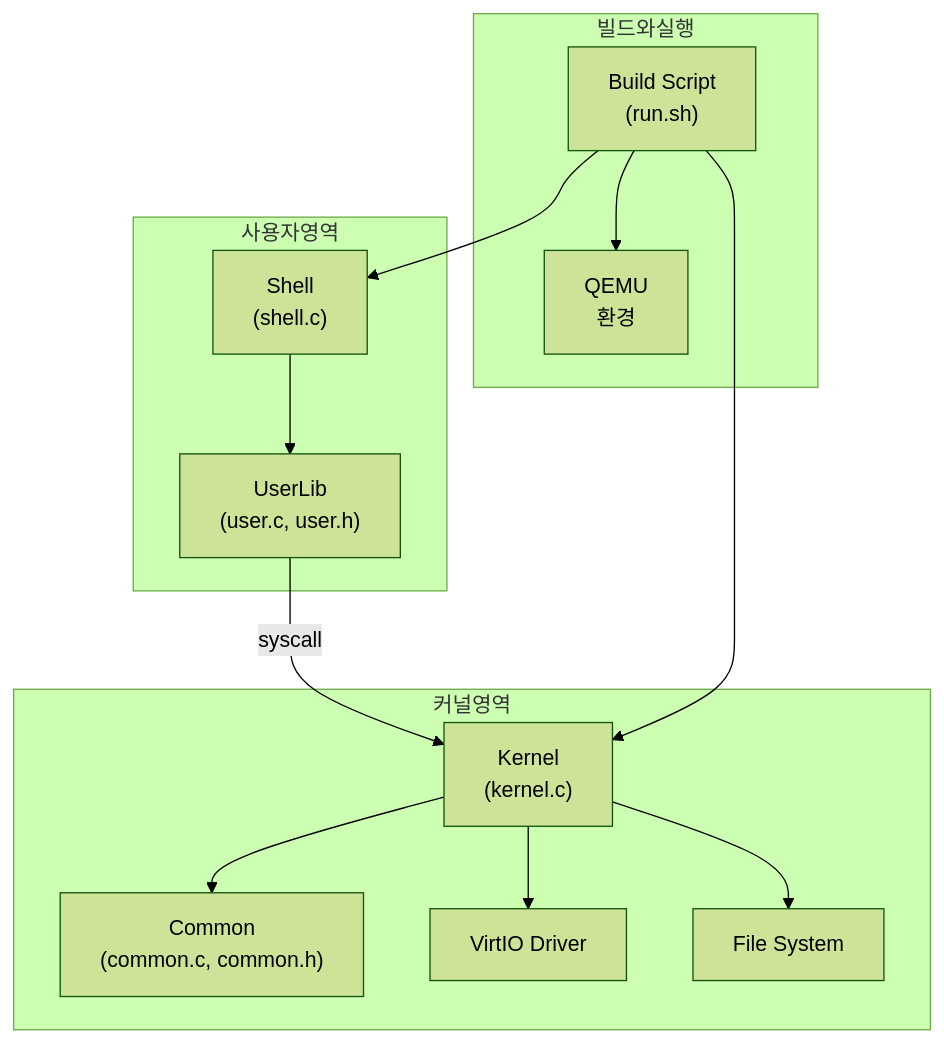
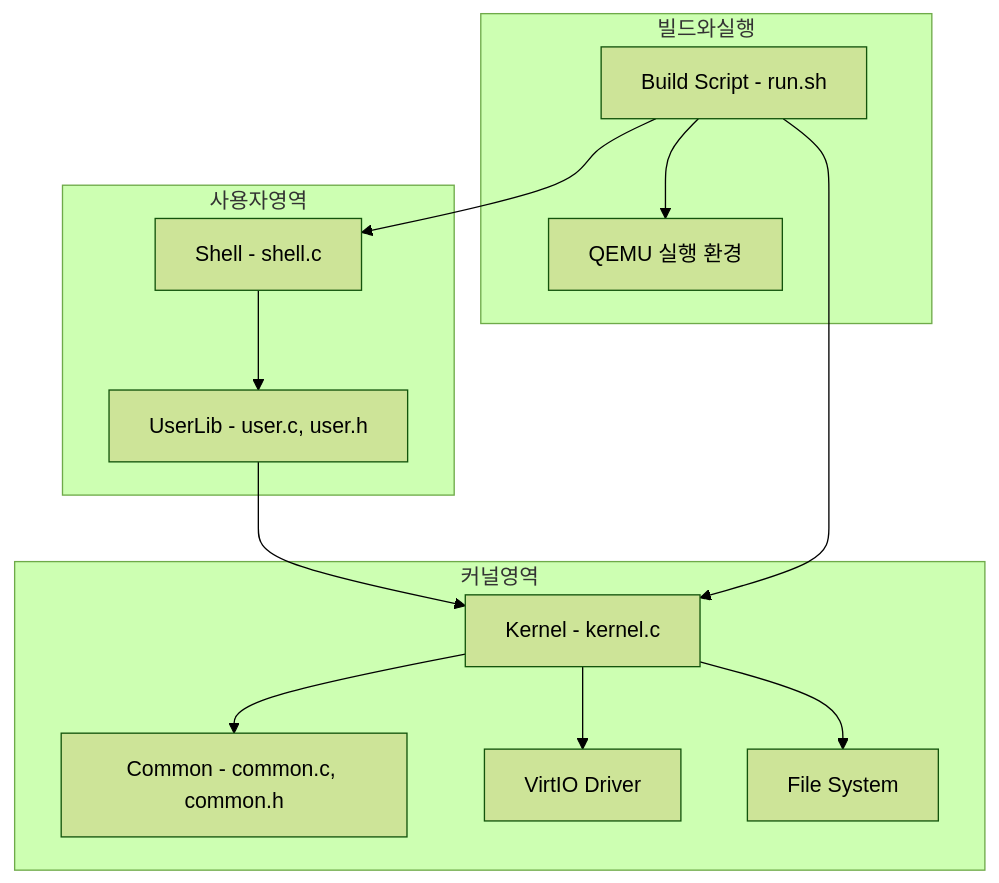
One commit to phUR99/Project changed the first of 9 diagrams in OS/README.md. Above: the diagram before and after it, drawn with Mermaid (forest theme). The commit also changed other lines of this file, not shown here.

Commit message:
OS mermaid 오류 수정

````diff
--- a/OS/README.md
+++ b/OS/README.md
@@ -5,28 +5,28 @@
 ```mermaid
 graph TD
     subgraph 사용자영역
-        shell["Shell<br/>(shell.c)"]
-        userlib["UserLib<br/>(user.c, user.h)"]
+        shell[Shell - shell.c]
+        userlib[UserLib - user.c, user.h]
     end
 
     subgraph 커널영역
-        kernel["Kernel<br/>(kernel.c)"]
-        common["Common<br/>(common.c, common.h)"]
-        virtio["VirtIO Driver"]
-        fs["File System"]
+        kernel[Kernel - kernel.c]
+        common[Common - common.c, common.h]
+        virtio[VirtIO Driver]
+        fs[File System]
     end
 
     subgraph 빌드와실행
-        build["Build Script<br/>(run.sh)"]
-        qemu["QEMU<br/>환경"]
+        build[Build Script - run.sh]
+        qemu[QEMU 실행 환경]
     end
 
     shell --> userlib
-    userlib -->|"syscall"| kernel
+    userlib --> kernel
     kernel --> fs
     kernel --> virtio
     kernel --> common
     build --> shell
     build --> kernel
     build --> qemu
 ```
````
